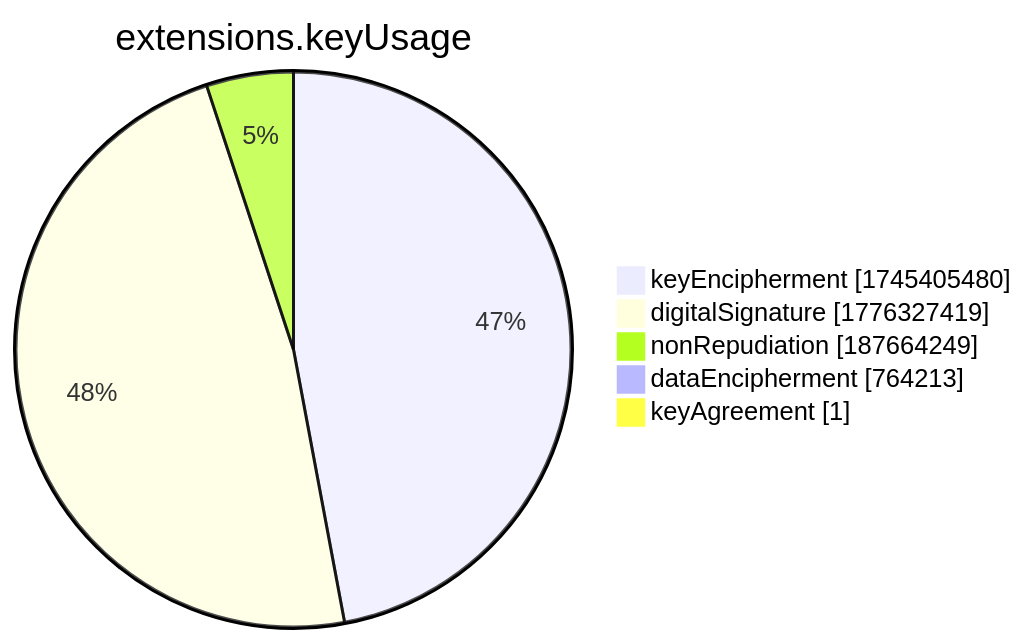
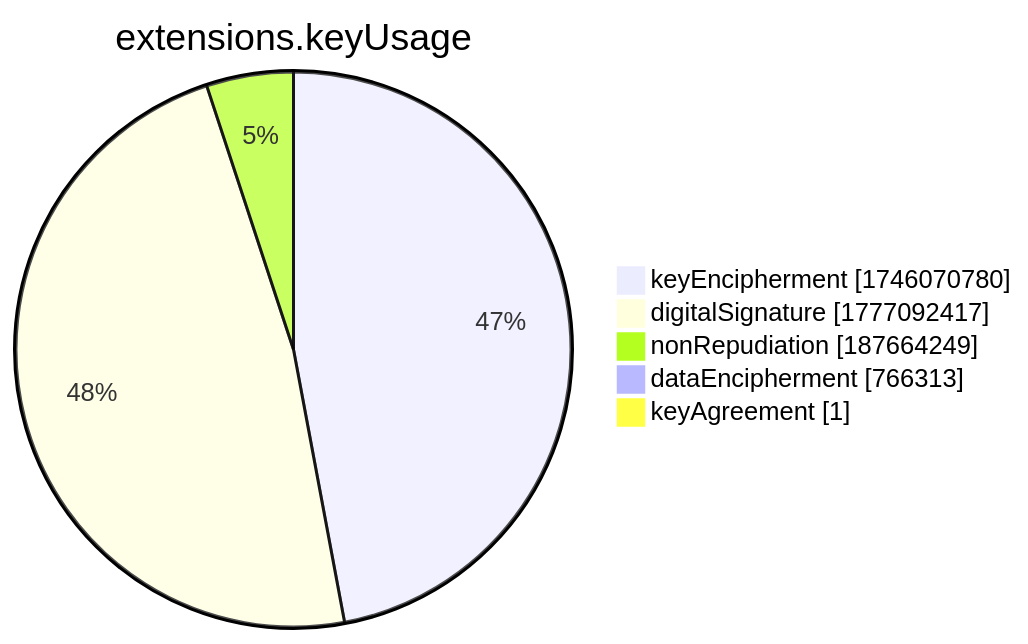
Before and after one commit to christiankrug/ctmonitor_visualization: the seventh of 15 diagrams in xenon2022/README.md, drawn with Mermaid. The commit also changed other lines of this file, not shown here.

````diff
--- a/xenon2022/README.md
+++ b/xenon2022/README.md
@@ -2859,9 +2859,9 @@
 ```mermaid
 pie showData
 title extensions.keyUsage
-"keyEncipherment" :1745405480
-"digitalSignature" :1776327419
+"keyEncipherment" :1746070780
+"digitalSignature" :1777092417
 "nonRepudiation" :187664249
-"dataEncipherment" :764213
+"dataEncipherment" :766313
 "keyAgreement" :1
 ```
````
